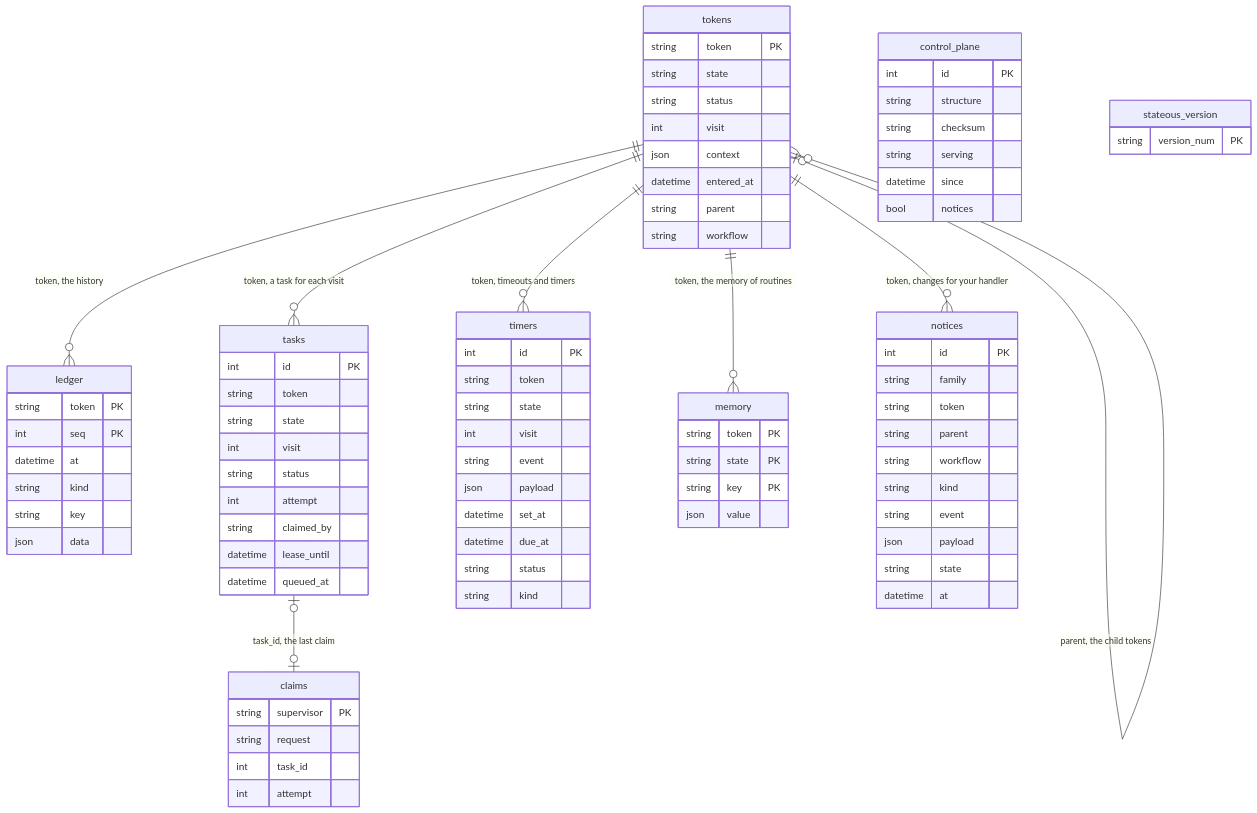
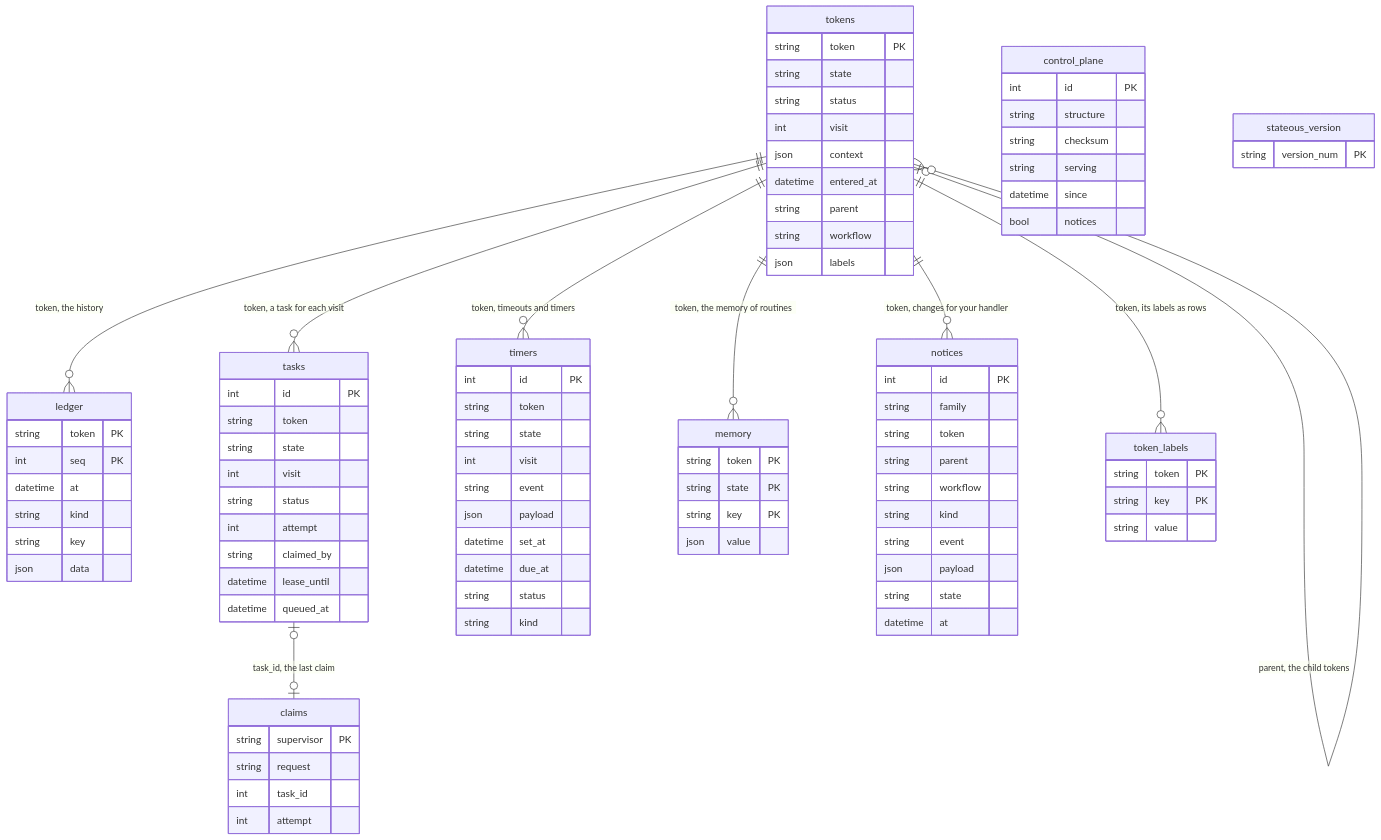
Before and after one commit to StateousLabs/stateous: the first of 2 diagrams in docs/inside/data.md, drawn with Mermaid. The commit also changed other lines of this file and 14 other files, not shown here.

First line of the commit message:
Labels on tokens

```diff
--- a/docs/inside/data.md
+++ b/docs/inside/data.md
@@ -17,6 +17,7 @@
     tokens |o--o{ tokens : "parent, the child tokens"
     tasks |o--o| claims : "task_id, the last claim"
     tokens ||--o{ notices : "token, changes for your handler"
+    tokens ||--o{ token_labels : "token, its labels as rows"
 
     tokens {
         string token PK
@@ -27,6 +28,12 @@
         datetime entered_at
         string parent
         string workflow
+        json labels
+    }
+    token_labels {
+        string token PK
+        string key PK
+        string value
     }
     ledger {
         string token PK
```
